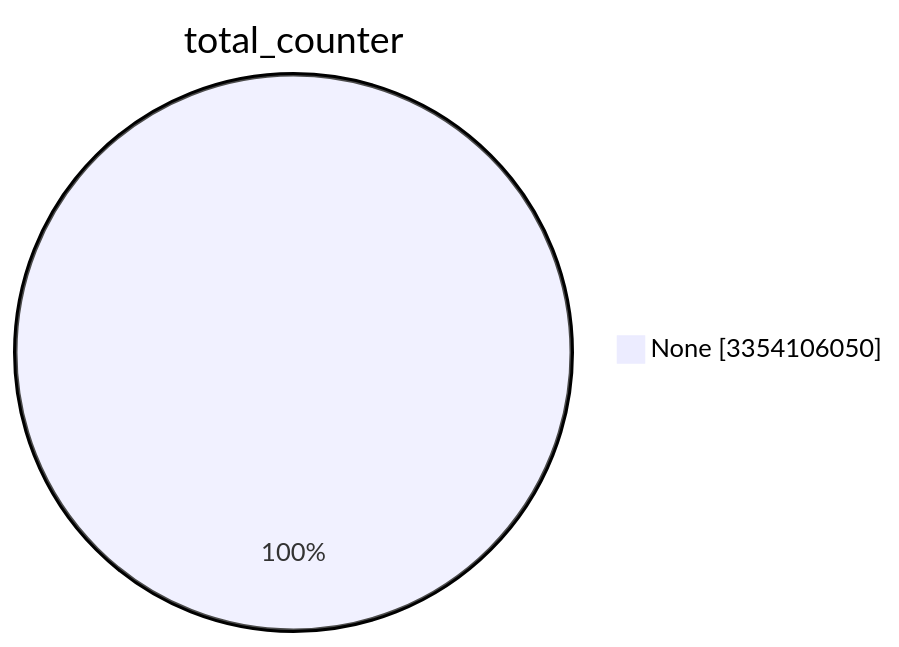
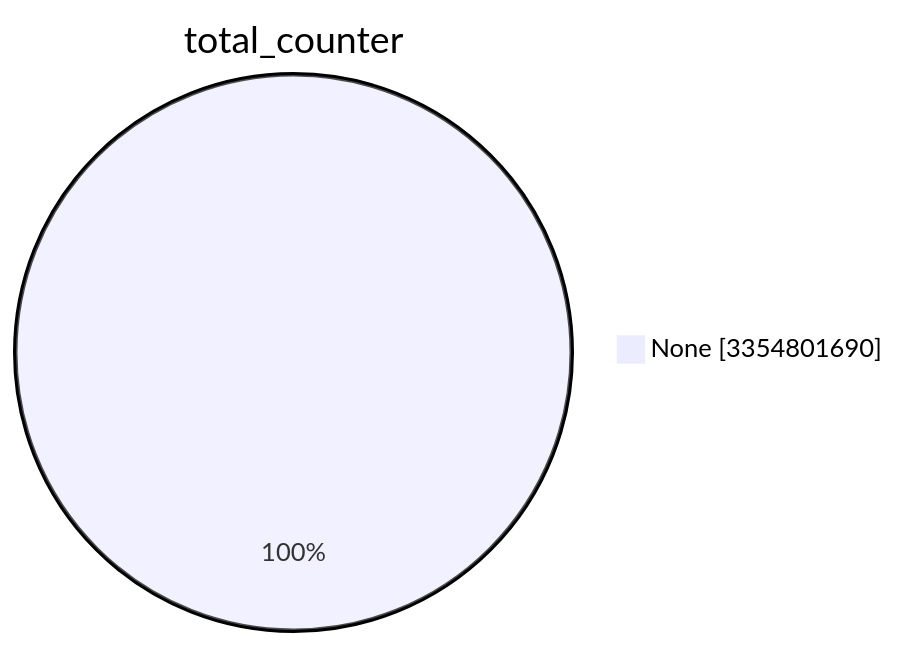
One commit to christiankrug/ctmonitor_visualization changed the first of 15 diagrams in TOTAL/README.md. Above: the diagram before and after it, drawn with Mermaid. The commit also changed other lines of this file, not shown here.

````diff
--- a/TOTAL/README.md
+++ b/TOTAL/README.md
@@ -1,5 +1,5 @@
 ```mermaid
 pie showData
 title total_counter
-"None" :3354106050
+"None" :3354801690
 ```
````
